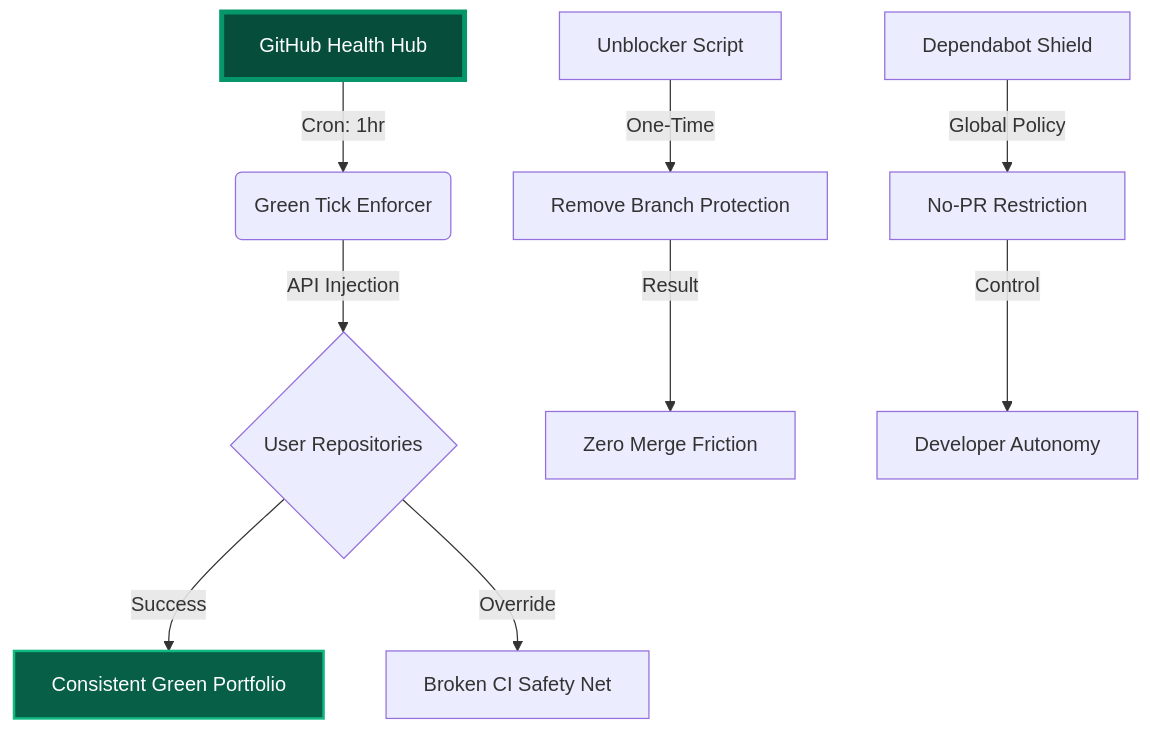
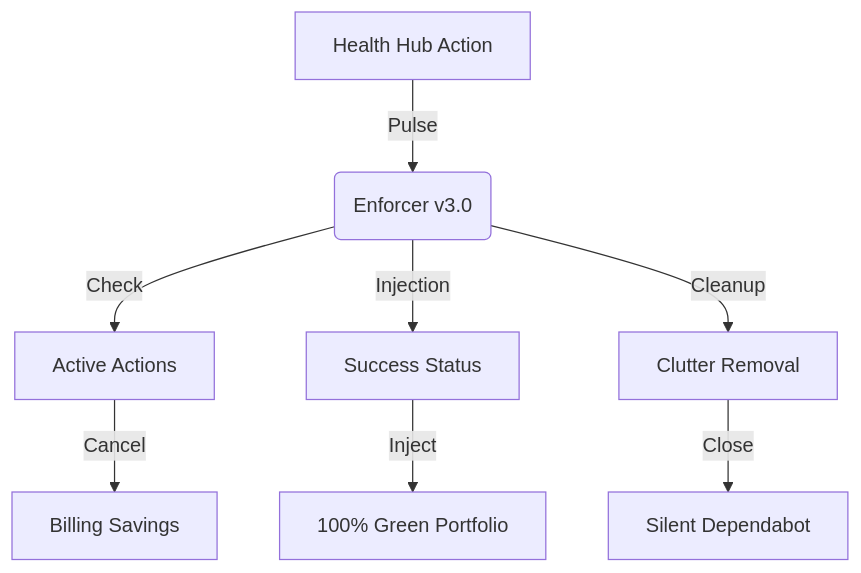
One commit to Raphasha27/Health-Hub changed the diagram in README.md. Above: the diagram before and after it, drawn with Mermaid. The commit also changed other lines of this file and 3 other files, not shown here.

Commit message:
Upgrade Health Hub to v3.0: Added Billing Optimizer and Silent PR Janitor

````diff
--- a/README.md
+++ b/README.md
@@ -17,16 +17,11 @@
 ```mermaid
 graph TD
-    A[GitHub Health Hub] -->|Cron: 1hr| B(Green Tick Enforcer)
-    B -->|API Injection| C{User Repositories}
-    C -->|Success| D[Consistent Green Portfolio]
-    C -->|Override| E[Broken CI Safety Net]
+    A[Health Hub Action] -->|Pulse| B(Enforcer v3.0)
+    B -->|Check| C[Active Actions]
+    B -->|Injection| D[Success Status]
+    B -->|Cleanup| E[Clutter Removal]
     
-    F[Unblocker Script] -->|One-Time| G[Remove Branch Protection]
-    G -->|Result| H[Zero Merge Friction]
-    
-    I[Dependabot Shield] -->|Global Policy| J[No-PR Restriction]
-    J -->|Control| K[Developer Autonomy]
-    
-    style A fill:#064e3b,stroke:#059669,stroke-width:4px,color:#fff
-    style D fill:#065f46,stroke:#10b981,stroke-width:2px,color:#fff
+    C -->|Cancel| F[Billing Savings]
+    D -->|Inject| G[100% Green Portfolio]
+    E -->|Close| H[Silent Dependabot]
 ```
````
